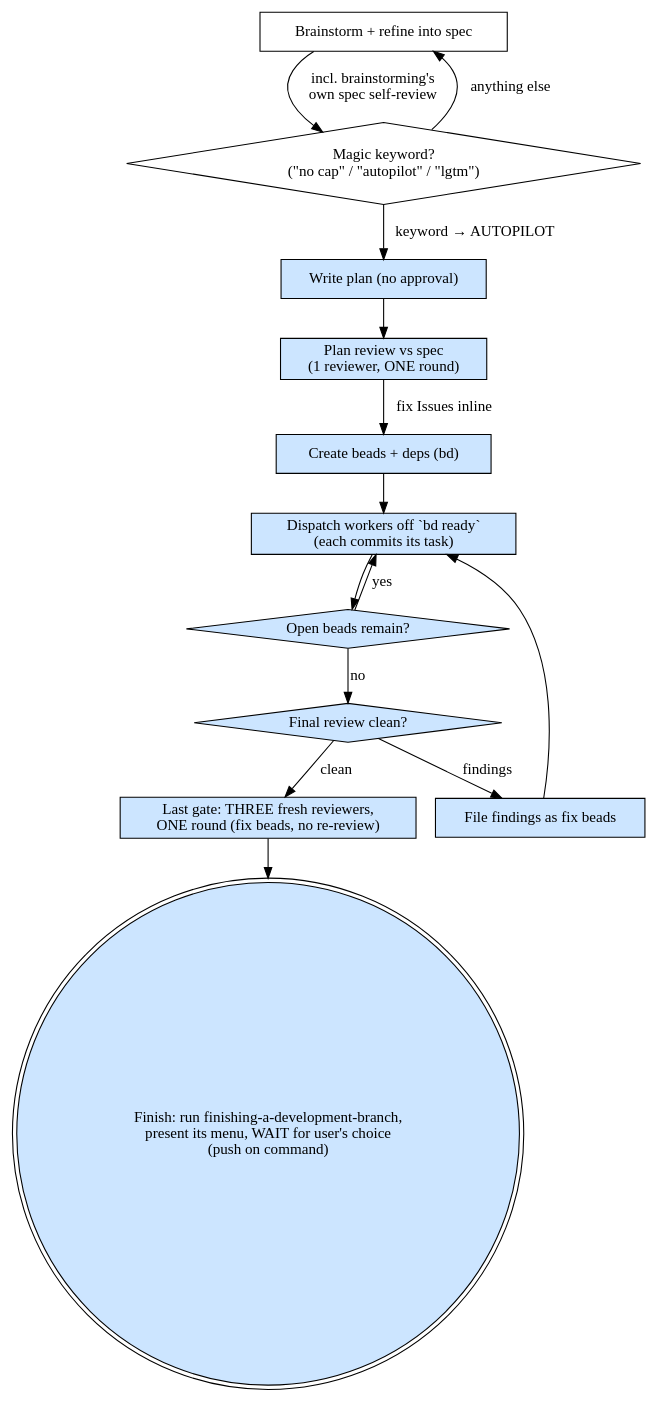
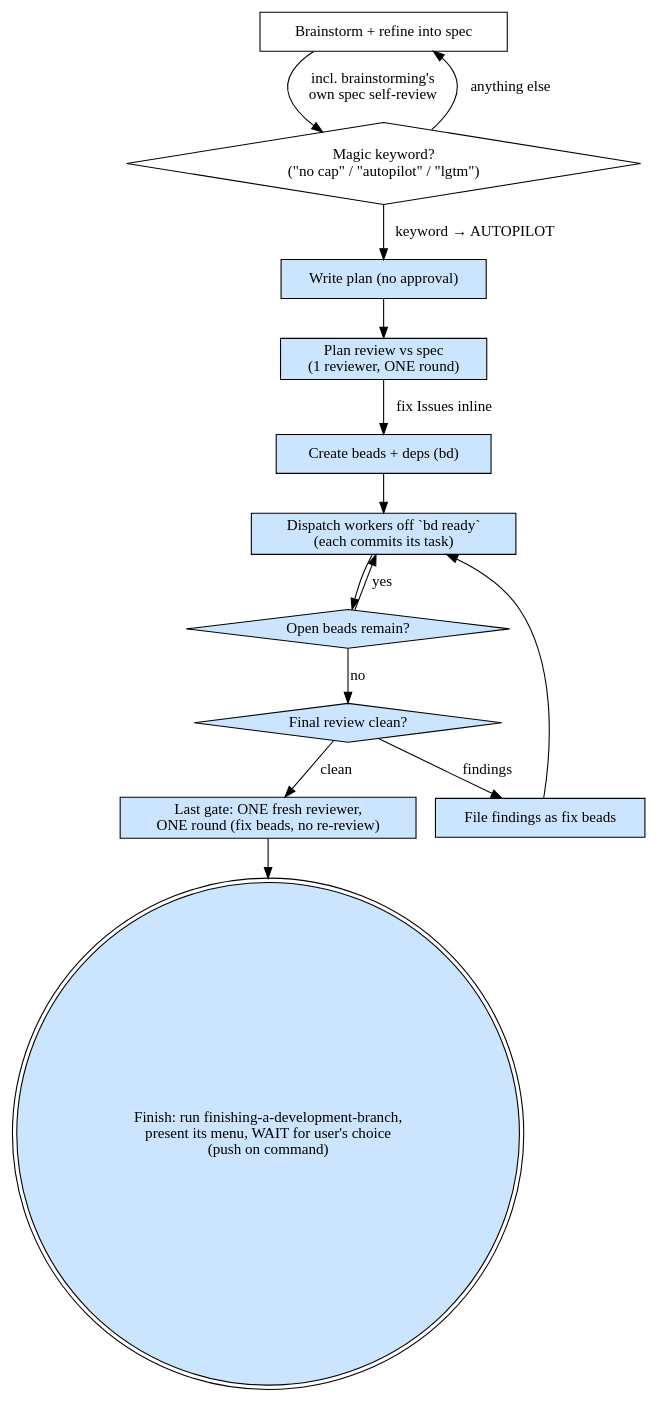
One commit to ChandraLiuswanto/sol-git-gud changed the diagram in SKILL.md. Above: the diagram before and after it, drawn with Graphviz. The commit also changed other lines of this file, not shown here.

Commit message:
Route reviews and builds to Opus; single Fable final gate (final state before retirement)

````diff
--- a/SKILL.md
+++ b/SKILL.md
@@ -110,30 +114,30 @@
 ```dot
 digraph git_gud {
     rankdir=TB;
     "Brainstorm + refine into spec" [shape=box];
     "Magic keyword?\n(\"no cap\" / \"autopilot\" / \"lgtm\")" [shape=diamond];
     "Write plan (no approval)" [shape=box style=filled fillcolor="#cce5ff"];
     "Plan review vs spec\n(1 reviewer, ONE round)" [shape=box style=filled fillcolor="#cce5ff"];
     "Create beads + deps (bd)" [shape=box style=filled fillcolor="#cce5ff"];
     "Dispatch workers off `bd ready`\n(each commits its task)" [shape=box style=filled fillcolor="#cce5ff"];
     "Open beads remain?" [shape=diamond style=filled fillcolor="#cce5ff"];
     "Final review clean?" [shape=diamond style=filled fillcolor="#cce5ff"];
     "File findings as fix beads" [shape=box style=filled fillcolor="#cce5ff"];
-    "Last gate: THREE fresh reviewers,\nONE round (fix beads, no re-review)" [shape=box style=filled fillcolor="#cce5ff"];
+    "Last gate: ONE fresh reviewer,\nONE round (fix beads, no re-review)" [shape=box style=filled fillcolor="#cce5ff"];
     "Finish: run finishing-a-development-branch,\npresent its menu, WAIT for user's choice\n(push on command)" [shape=doublecircle style=filled fillcolor="#cce5ff"];
 
     "Brainstorm + refine into spec" -> "Magic keyword?\n(\"no cap\" / \"autopilot\" / \"lgtm\")" [label="incl. brainstorming's\nown spec self-review"];
     "Magic keyword?\n(\"no cap\" / \"autopilot\" / \"lgtm\")" -> "Brainstorm + refine into spec" [label="anything else"];
     "Magic keyword?\n(\"no cap\" / \"autopilot\" / \"lgtm\")" -> "Write plan (no approval)" [label="keyword → AUTOPILOT"];
     "Write plan (no approval)" -> "Plan review vs spec\n(1 reviewer, ONE round)";
     "Plan review vs spec\n(1 reviewer, ONE round)" -> "Create beads + deps (bd)" [label="fix Issues inline"];
     "Create beads + deps (bd)" -> "Dispatch workers off `bd ready`\n(each commits its task)";
     "Dispatch workers off `bd ready`\n(each commits its task)" -> "Open beads remain?";
     "Open beads remain?" -> "Dispatch workers off `bd ready`\n(each commits its task)" [label="yes"];
     "Open beads remain?" -> "Final review clean?" [label="no"];
     "Final review clean?" -> "File findings as fix beads" [label="findings"];
     "File findings as fix beads" -> "Dispatch workers off `bd ready`\n(each commits its task)";
-    "Final review clean?" -> "Last gate: THREE fresh reviewers,\nONE round (fix beads, no re-review)" [label="clean"];
-    "Last gate: THREE fresh reviewers,\nONE round (fix beads, no re-review)" -> "Finish: run finishing-a-development-branch,\npresent its menu, WAIT for user's choice\n(push on command)";
+    "Final review clean?" -> "Last gate: ONE fresh reviewer,\nONE round (fix beads, no re-review)" [label="clean"];
+    "Last gate: ONE fresh reviewer,\nONE round (fix beads, no re-review)" -> "Finish: run finishing-a-development-branch,\npresent its menu, WAIT for user's choice\n(push on command)";
 }
 ```
````
